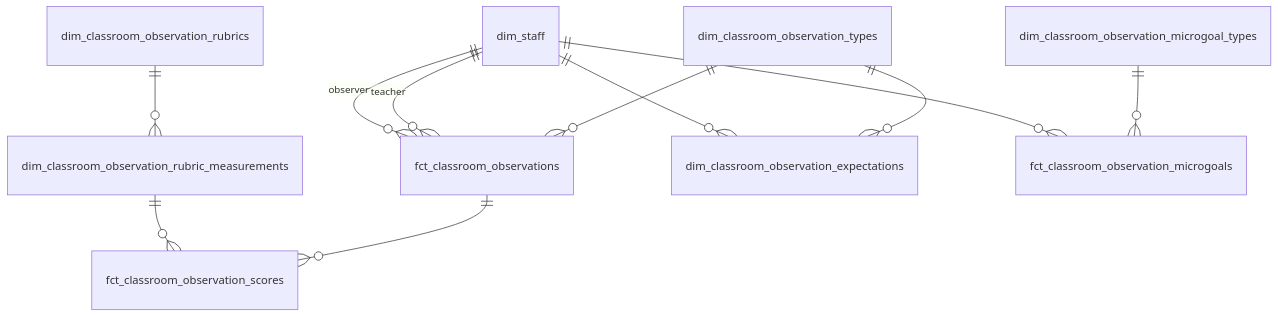
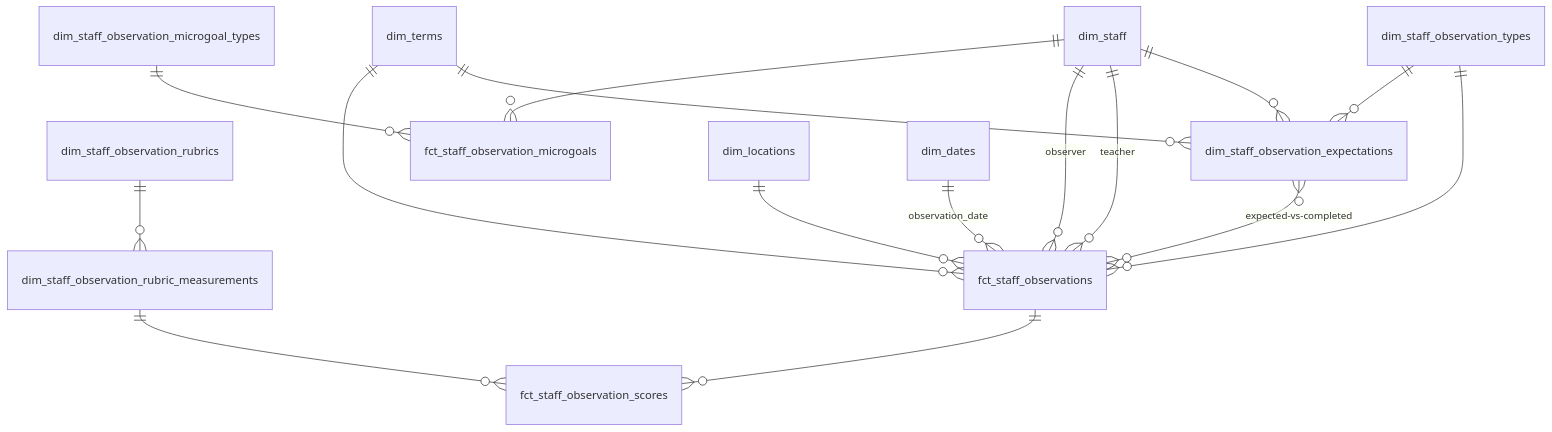
The fifth of 10 diagrams in docs/superpowers/specs/2026-03-27-star-schema-data-mart-design.md (TEAMSchools/teamster), drawn with Mermaid before and after one commit. The commit also changed other lines of this file, not shown here.

First line of the commit message:
docs: incorporate star-schema mart spec feedback on A+X traversal

````diff
--- a/docs/superpowers/specs/2026-03-27-star-schema-data-mart-design.md
+++ b/docs/superpowers/specs/2026-03-27-star-schema-data-mart-design.md
@@ -529,13 +626,18 @@
 ```mermaid
 erDiagram
-    dim_classroom_observation_rubrics ||--o{ dim_classroom_observation_rubric_measurements : ""
-    dim_classroom_observation_types ||--o{ fct_classroom_observations : ""
-    dim_classroom_observation_types ||--o{ dim_classroom_observation_expectations : ""
-    dim_staff ||--o{ dim_classroom_observation_expectations : ""
-    dim_staff ||--o{ fct_classroom_observations : "teacher"
-    dim_staff ||--o{ fct_classroom_observations : "observer"
-    fct_classroom_observations ||--o{ fct_classroom_observation_scores : ""
-    dim_classroom_observation_rubric_measurements ||--o{ fct_classroom_observation_scores : ""
-    dim_classroom_observation_microgoal_types ||--o{ fct_classroom_observation_microgoals : ""
-    dim_staff ||--o{ fct_classroom_observation_microgoals : ""
+    dim_staff_observation_rubrics ||--o{ dim_staff_observation_rubric_measurements : ""
+    dim_staff_observation_types ||--o{ fct_staff_observations : ""
+    dim_staff_observation_types ||--o{ dim_staff_observation_expectations : ""
+    dim_staff ||--o{ dim_staff_observation_expectations : ""
+    dim_staff ||--o{ fct_staff_observations : "teacher"
+    dim_staff ||--o{ fct_staff_observations : "observer"
+    fct_staff_observations ||--o{ fct_staff_observation_scores : ""
+    dim_staff_observation_rubric_measurements ||--o{ fct_staff_observation_scores : ""
+    dim_staff_observation_microgoal_types ||--o{ fct_staff_observation_microgoals : ""
+    dim_staff ||--o{ fct_staff_observation_microgoals : ""
+    dim_staff_observation_expectations }o--o{ fct_staff_observations : "expected-vs-completed"
+    dim_terms ||--o{ dim_staff_observation_expectations : ""
+    dim_terms ||--o{ fct_staff_observations : ""
+    dim_locations ||--o{ fct_staff_observations : ""
+    dim_dates ||--o{ fct_staff_observations : "observation_date"
 ```
````
